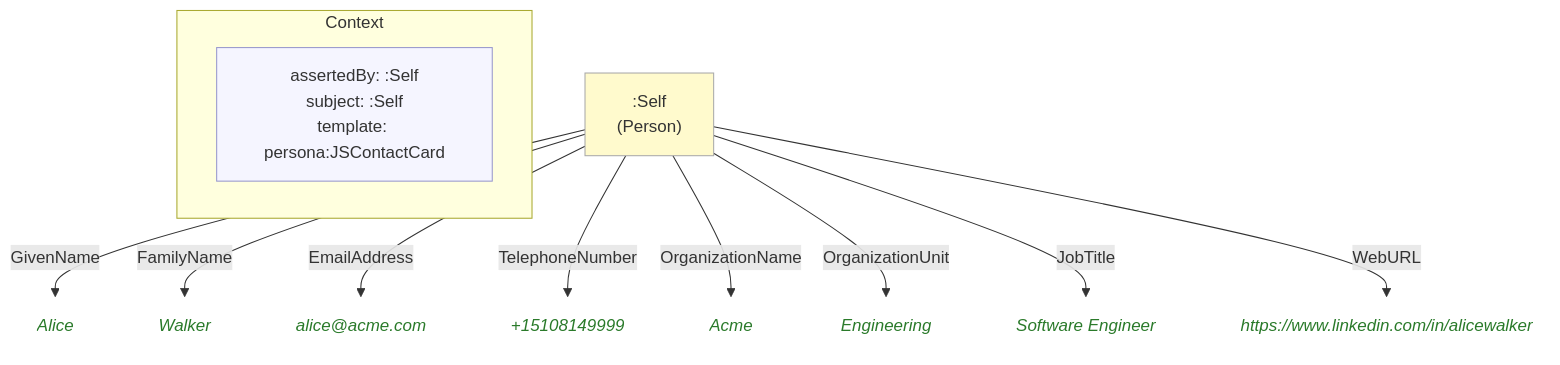
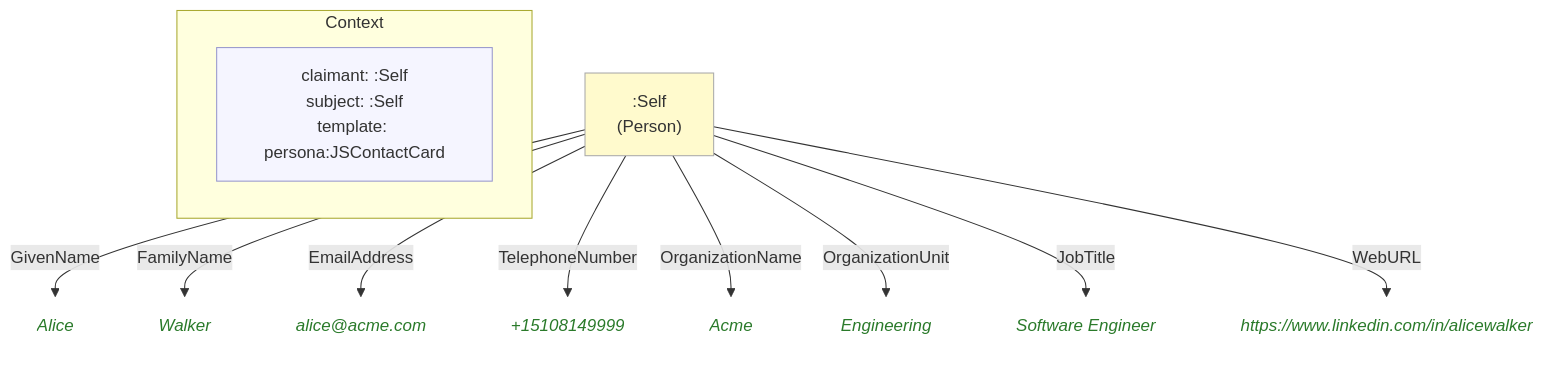
One commit to MeeFoundation/mia-ontologies changed the diagram in example/contexts/images/self.self(alice-walker)(acme)(10).mmd. Above: the diagram before and after it, drawn with Mermaid. The commit also changed 109 other files, not shown here.

First line of the commit message:
Rename context:assertedBy to context:claimant

```diff
--- a/example/contexts/images/self.self(alice-walker)(acme)(10).mmd
+++ b/example/contexts/images/self.self(alice-walker)(acme)(10).mmd
@@ -1,30 +1,30 @@
 flowchart TD
     classDef person fill:#fffacd,stroke:#aaa,color:#333
     classDef grp    fill:#d4edda,stroke:#aaa,color:#333
     classDef org    fill:#cce5ff,stroke:#aaa,color:#333
     classDef lit    fill:none,stroke:none,font-style:italic,color:#2a7a2a
     classDef meta   fill:#f5f5ff,stroke:#9999cc,color:#333
 
     subgraph ctx["Context"]
         direction LR
-        ctx_meta["assertedBy: :Self\nsubject: :Self\ntemplate: persona:JSContactCard"]:::meta
+        ctx_meta["claimant: :Self\nsubject: :Self\ntemplate: persona:JSContactCard"]:::meta
     end
 
     ne0c3ba92f1db[":Self\n(Person)"]:::person
-    n09a14f1c2eb0("Alice"):::lit
-    n87e3ce512150("Walker"):::lit
-    n12336e851d1a("alice@acme.com"):::lit
-    nabe840600316("+15108149999"):::lit
-    n4caab2704d81("Acme"):::lit
-    nde3ab6ec6c2a("Engineering"):::lit
-    n12cbfdf5c0a4("Software Engineer"):::lit
-    n8ed489ea1b99("https://www.linkedin.com/in/alicewalker"):::lit
+    nd95d40590d3a("Alice"):::lit
+    n3641ff393e2c("Walker"):::lit
+    ne97e7403baa3("alice@acme.com"):::lit
+    n94fde3200422("+15108149999"):::lit
+    n63738c46e647("Acme"):::lit
+    na0de8d6d2500("Engineering"):::lit
+    n8b364661848c("Software Engineer"):::lit
+    n8d29ef8bf2f1("https://www.linkedin.com/in/alicewalker"):::lit
 
-    ne0c3ba92f1db -->|"GivenName"| n09a14f1c2eb0
-    ne0c3ba92f1db -->|"FamilyName"| n87e3ce512150
-    ne0c3ba92f1db -->|"EmailAddress"| n12336e851d1a
-    ne0c3ba92f1db -->|"TelephoneNumber"| nabe840600316
-    ne0c3ba92f1db -->|"OrganizationName"| n4caab2704d81
-    ne0c3ba92f1db -->|"OrganizationUnit"| nde3ab6ec6c2a
-    ne0c3ba92f1db -->|"JobTitle"| n12cbfdf5c0a4
-    ne0c3ba92f1db -->|"WebURL"| n8ed489ea1b99
+    ne0c3ba92f1db -->|"GivenName"| nd95d40590d3a
+    ne0c3ba92f1db -->|"FamilyName"| n3641ff393e2c
+    ne0c3ba92f1db -->|"EmailAddress"| ne97e7403baa3
+    ne0c3ba92f1db -->|"TelephoneNumber"| n94fde3200422
+    ne0c3ba92f1db -->|"OrganizationName"| n63738c46e647
+    ne0c3ba92f1db -->|"OrganizationUnit"| na0de8d6d2500
+    ne0c3ba92f1db -->|"JobTitle"| n8b364661848c
+    ne0c3ba92f1db -->|"WebURL"| n8d29ef8bf2f1
```
